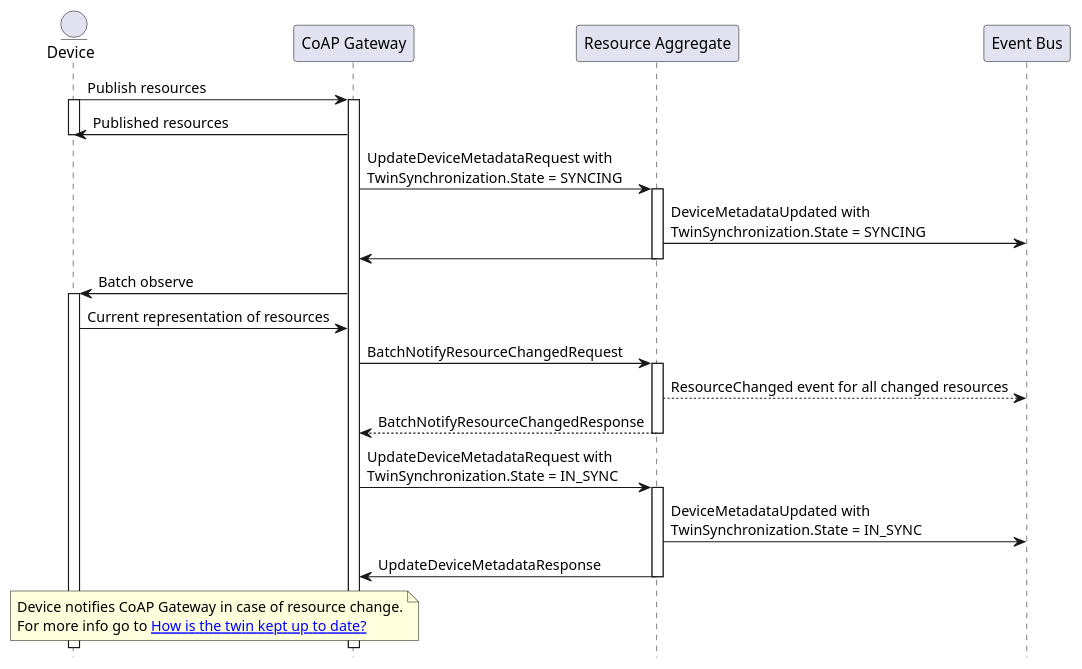
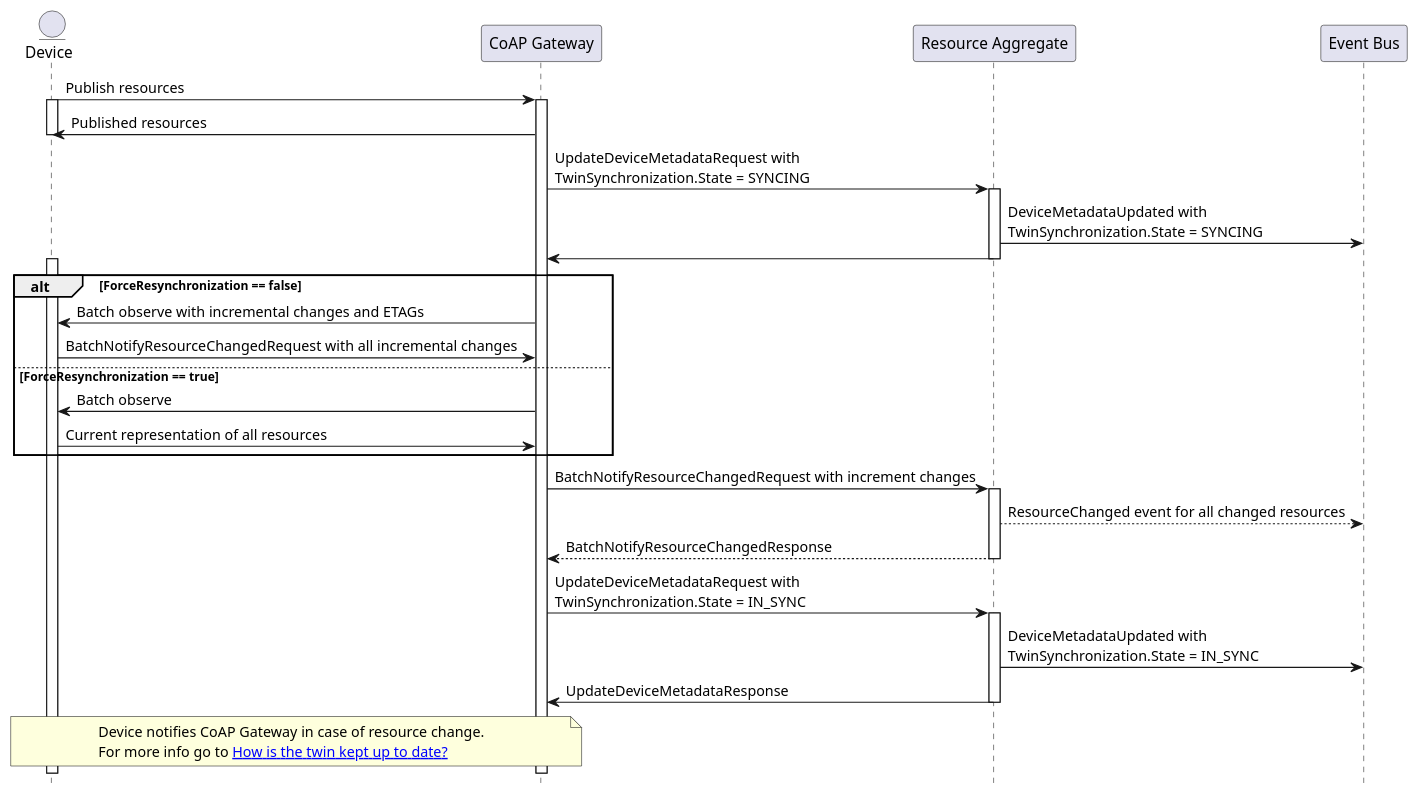
The fourth of 9 diagrams in content/en/docs/features/control-plane/device-twin.md (plgd-dev/doc), drawn with PlantUML before and after one commit. The commit also changed other lines of this file and 1 other file, not shown here.

First line of the commit message:
etag: incremental changes (#117)

```diff
--- a/content/en/docs/features/control-plane/device-twin.md
+++ b/content/en/docs/features/control-plane/device-twin.md
@@ -137,34 +137,40 @@
 {{< plantuml id="device-metadata-twin-synchronization-batch" >}}
 @startuml Sequence
 skinparam backgroundColor transparent
 hide footbox
 
 entity Device as "Device"
 participant CGW as "CoAP Gateway"
 participant RA as "Resource Aggregate"
 participant EB as "Event Bus"
 
 Device -> CGW ++: Publish resources
 activate Device
 CGW -> Device: Published resources
 deactivate Device
 CGW -> RA++: UpdateDeviceMetadataRequest with\nTwinSynchronization.State = SYNCING
 RA -> EB: DeviceMetadataUpdated with\nTwinSynchronization.State = SYNCING
 RA -> CGW
 deactivate RA
-CGW -> Device++: Batch observe
-Device -> CGW: Current representation of resources
-CGW -> RA++: BatchNotifyResourceChangedRequest
+activate Device
+alt ForceResynchronization == false
+  CGW -> Device: Batch observe with incremental changes and ETAGs
+  Device -> CGW: BatchNotifyResourceChangedRequest with all incremental changes
+else ForceResynchronization == true
+  CGW -> Device: Batch observe
+  Device -> CGW: Current representation of all resources
+end
+  CGW -> RA++: BatchNotifyResourceChangedRequest with increment changes
   RA --> EB: ResourceChanged event for all changed resources
 return BatchNotifyResourceChangedResponse
 CGW -> RA++: UpdateDeviceMetadataRequest with\nTwinSynchronization.State = IN_SYNC
 RA -> EB: DeviceMetadataUpdated with\nTwinSynchronization.State = IN_SYNC
 RA -> CGW: UpdateDeviceMetadataResponse
 deactivate RA
 note over Device, CGW
 Device notifies CoAP Gateway in case of resource change.
 For more info go to [[#how-is-the-twin-kept-up-to-date How is the twin kept up to date?]]
 end note
 
 @enduml
 {{< /plantuml >}}
```
